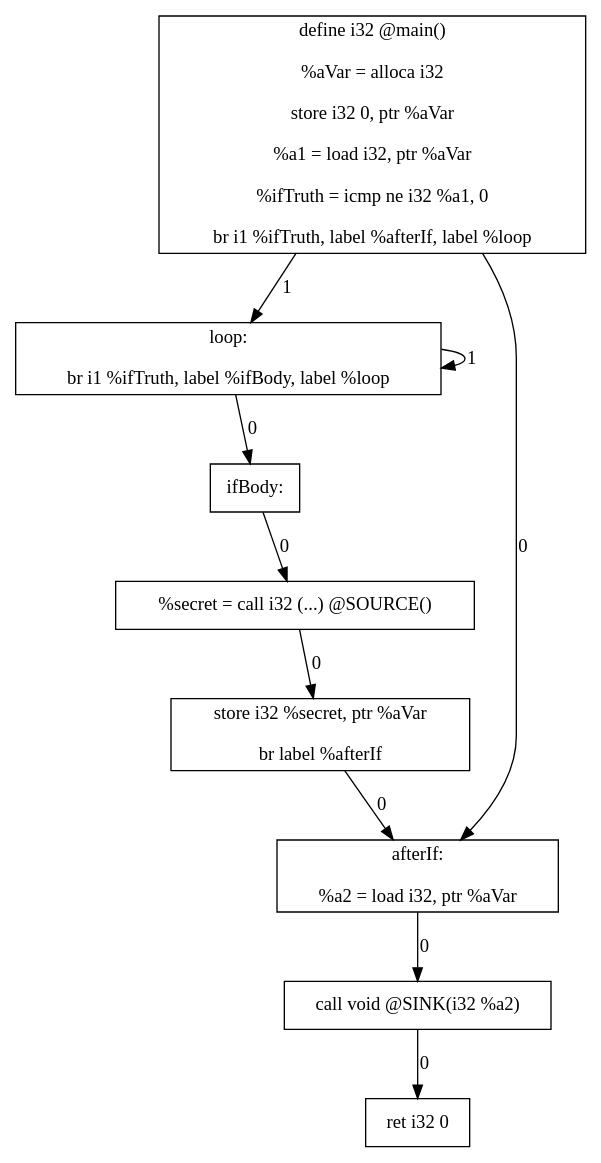
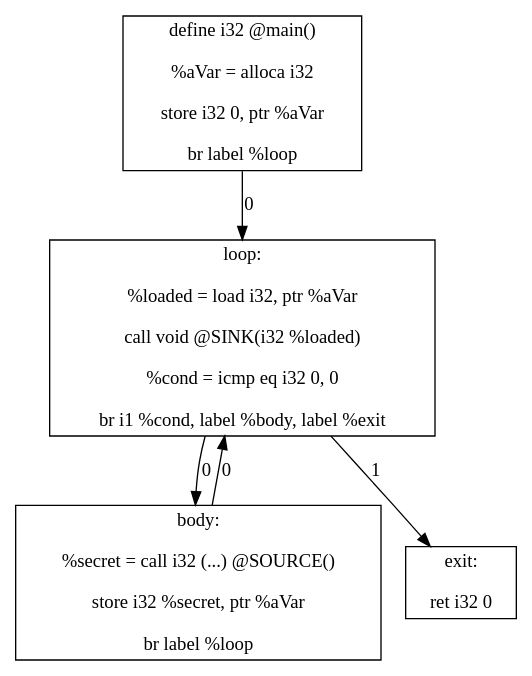
One commit to danielosw/eecs-677-project-2 changed the diagram in main.dot. Above: the diagram before and after it, drawn with Graphviz. The commit also changed 3 other files, not shown here.

```diff
--- a/main.dot
+++ b/main.dot
@@ -1,19 +1,10 @@
 digraph {
-		Node0 [shape=record,label="define i32 @main() \n\n  %aVar = alloca i32\n\n  store i32 0, ptr %aVar\n\n  %a1 = load i32, ptr %aVar\n\n  %ifTruth = icmp ne i32 %a1, 0\n\n  br i1 %ifTruth, label %afterIf, label %loop\n"]
-		Node1 [shape=record,label="loop:\n\n  br i1 %ifTruth, label %ifBody, label %loop\n"]
-		Node2 [shape=record,label="ifBody:\n"]
-		Node3 [shape=record,label="  %secret = call i32 (...) @SOURCE()\n"]
-		Node4 [shape=record,label="  store i32 %secret, ptr %aVar\n\n  br label %afterIf\n"]
-		Node5 [shape=record,label="afterIf:\n\n  %a2 = load i32, ptr %aVar\n"]
-		Node6 [shape=record,label="  call void @SINK(i32 %a2)\n"]
-		Node7 [shape=record,label="  ret i32 0\n"]
-		Node0 -> Node5 [label=0];
-		Node0 -> Node1 [label=1];
+		Node0 [shape=record,label="define i32 @main() \n\n  %aVar = alloca i32\n\n  store i32 0, ptr %aVar\n\n  br label %loop\n"]
+		Node1 [shape=record,label="loop:\n\n  %loaded = load i32, ptr %aVar\n\n  call void @SINK(i32 %loaded)\n\n  %cond = icmp eq i32 0, 0\n\n  br i1 %cond, label %body, label %exit\n"]
+		Node2 [shape=record,label="body:\n\n  %secret = call i32 (...) @SOURCE()\n\n  store i32 %secret, ptr %aVar\n\n  br label %loop\n"]
+		Node3 [shape=record,label="exit:\n\n  ret i32 0\n"]
+		Node0 -> Node1 [label=0];
 		Node1 -> Node2 [label=0];
-		Node1 -> Node1 [label=1];
-		Node2 -> Node3 [label=0];
-		Node3 -> Node4 [label=0];
-		Node4 -> Node5 [label=0];
-		Node5 -> Node6 [label=0];
-		Node6 -> Node7 [label=0];
+		Node1 -> Node3 [label=1];
+		Node2 -> Node1 [label=0];
 }
```
